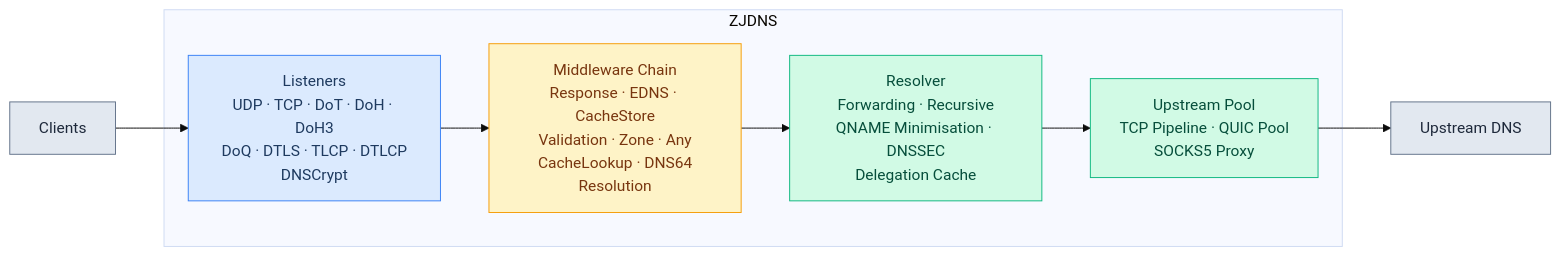
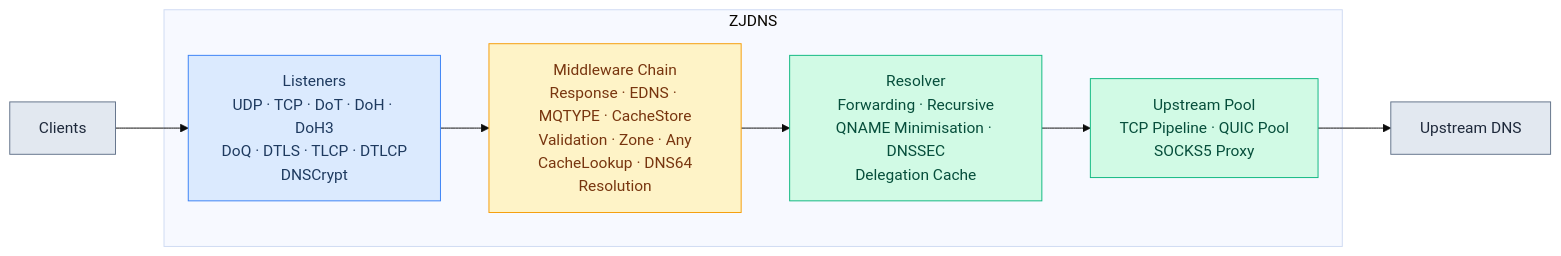
The first of 31 diagrams in docs/FLOWCHARTS.md (hezhijie0327/ZJDNS), drawn with Mermaid (base theme) before and after one commit. The commit also changed other lines of this file and 26 other files, not shown here.

````diff
--- a/docs/FLOWCHARTS.md
+++ b/docs/FLOWCHARTS.md
@@ -32,18 +33,18 @@
 ```mermaid
 graph LR
     C[Clients] --> L
     subgraph ZJDNS
-        L[Listeners<br/>UDP · TCP · DoT · DoH · DoH3<br/>DoQ · DTLS · TLCP · DTLCP<br/>DNSCrypt] --> MW[Middleware Chain<br/>Response · EDNS · CacheStore<br/>Validation · Zone · Any<br/>CacheLookup · DNS64<br/>Resolution]
+        L[Listeners<br/>UDP · TCP · DoT · DoH · DoH3<br/>DoQ · DTLS · TLCP · DTLCP<br/>DNSCrypt] --> MW[Middleware Chain<br/>Response · EDNS · MQTYPE · CacheStore<br/>Validation · Zone · Any<br/>CacheLookup · DNS64<br/>Resolution]
         MW --> RES[Resolver<br/>Forwarding · Recursive<br/>QNAME Minimisation · DNSSEC<br/>Delegation Cache]
         RES --> UP[Upstream Pool<br/>TCP Pipeline · QUIC Pool<br/>SOCKS5 Proxy]
     end
     UP --> U[Upstream DNS]
     classDef ext fill:#e2e8f0,stroke:#64748b,color:#1e293b
     classDef listen fill:#dbeafe,stroke:#3b82f6,color:#1e3a5f
     classDef proc fill:#fef3c7,stroke:#f59e0b,color:#78350f
     classDef resolve fill:#d1fae5,stroke:#10b981,color:#064e3b
     class C,U ext
     class L listen
     class MW proc
     class RES,UP resolve
 ```
````
